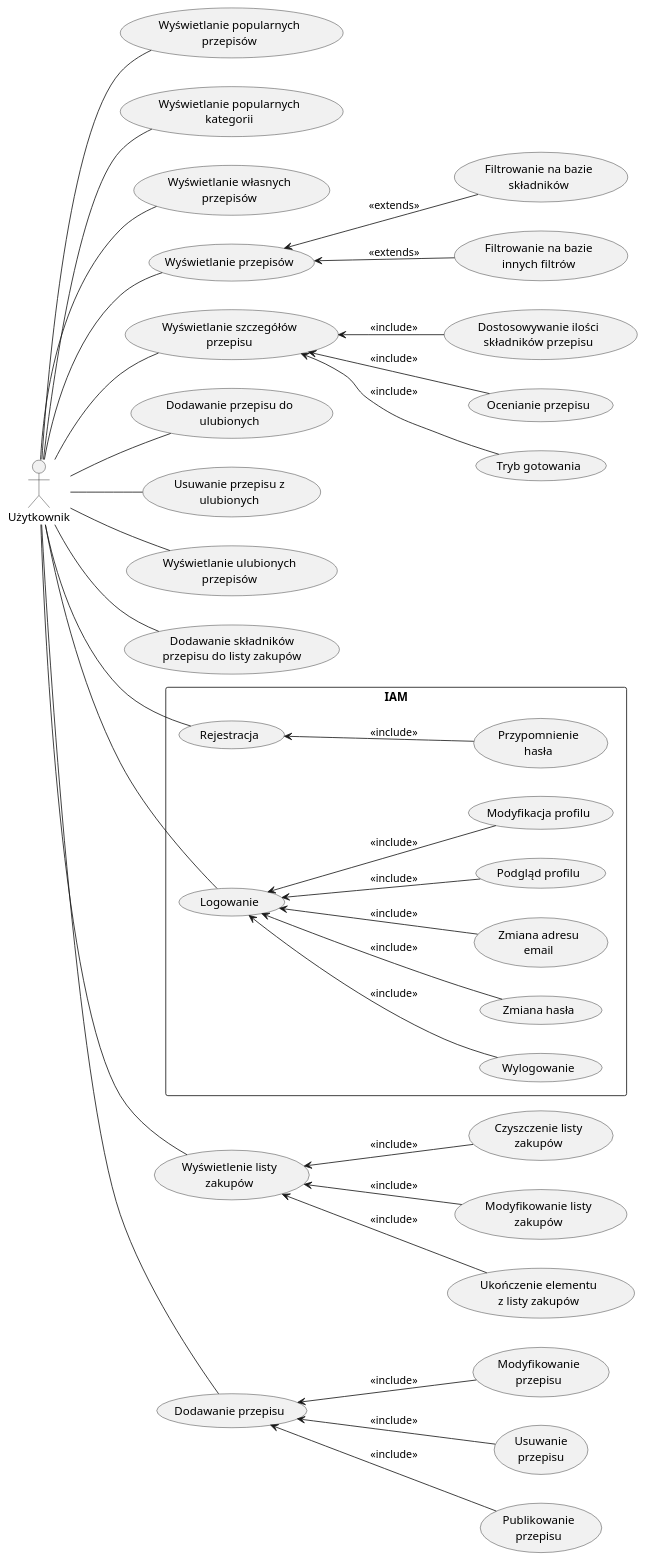
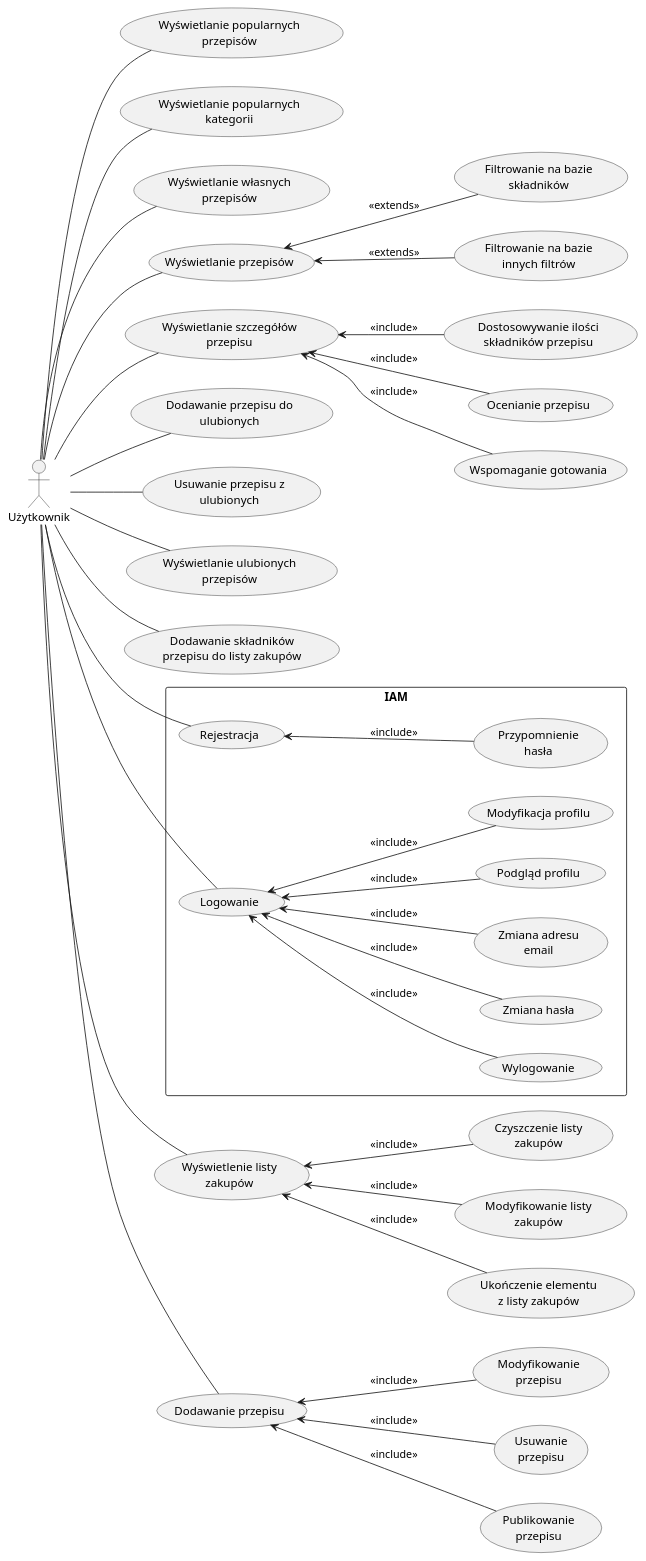
One commit to oskarski/inzynierka changed the diagram in docs/use-case.puml. Above: the diagram before and after it, drawn with PlantUML.

Commit message:
added proper cooking mode use case name

```diff
--- a/docs/use-case.puml
+++ b/docs/use-case.puml
@@ -1,82 +1,82 @@
 @startuml
 left to right direction
 
 actor "Użytkownik" as user
 
 rectangle IAM {
     usecase "Rejestracja" as iam_register
     usecase "Logowanie" as iam_login
     usecase "Przypomnienie\nhasła" as iam_forgot_password
     usecase "Wylogowanie" as iam_logout
     usecase "Zmiana hasła" as iam_password_change
     usecase "Zmiana adresu\nemail" as iam_email_change
     usecase "Podgląd profilu" as iam_me_details
     usecase "Modyfikacja profilu" as iam_me_edit
 }
 
 usecase "Wyświetlanie popularnych\nprzepisów" as home_popular_recipes
 usecase "Wyświetlanie popularnych\nkategorii" as home_popular_categories
 usecase "Wyświetlanie własnych\nprzepisów" as home_my_recipes
 
 usecase "Wyświetlanie przepisów" as recipes
 usecase "Filtrowanie na bazie\nskładników" as filter_recipes_by_ingredients
 usecase "Filtrowanie na bazie\ninnych filtrów" as filter_recipes_by_filters
 
 usecase "Wyświetlanie szczegółów\nprzepisu" as recipe_details
 usecase "Dostosowywanie ilości\nskładników przepisu" as recipe_details_adjust_quantity
 usecase "Ocenianie przepisu" as recipe_details_rate
-usecase "Tryb gotowania" as recipe_details_cooking_mode
+usecase "Wspomaganie gotowania" as recipe_details_cooking_mode
 
 usecase "Dodawanie przepisu do\nulubionych" as add_recipe_to_favourite
 usecase "Usuwanie przepisu z\nulubionych" as remove_recipe_from_favourite
 usecase "Wyświetlanie ulubionych\nprzepisów" as favourite_recipes
 
 usecase "Dodawanie składników\nprzepisu do listy zakupów" as add_recipe_ingredients_to_shopping_list
 usecase "Wyświetlenie listy\nzakupów" as shopping_list
 usecase "Czyszczenie listy\nzakupów" as shopping_list_clear
 usecase "Modyfikowanie listy\nzakupów" as shopping_list_edit
 usecase "Ukończenie elementu\nz listy zakupów" as shopping_list_complete
 
 usecase "Dodawanie przepisu" as add_recipe
 usecase "Modyfikowanie\nprzepisu" as edit_recipe
 usecase "Usuwanie\nprzepisu" as delete_recipe
 usecase "Publikowanie\nprzepisu" as publish_recipe
 
 user -- iam_register
 user -- iam_login
 iam_register <-- iam_forgot_password : <<include>>
 iam_login <-- iam_logout : <<include>>
 iam_login <-- iam_password_change : <<include>>
 iam_login <-- iam_email_change : <<include>>
 iam_login <-- iam_me_details : <<include>>
 iam_login <-- iam_me_edit : <<include>>
 
 user -- home_popular_recipes
 user -- home_popular_categories
 user -- home_my_recipes
 
 user -- recipes
 recipes <-- filter_recipes_by_ingredients : <<extends>>
 recipes <-- filter_recipes_by_filters  : <<extends>>
 
 
 user -- recipe_details
 recipe_details <-- recipe_details_adjust_quantity : <<include>>
 recipe_details <-- recipe_details_rate : <<include>>
 recipe_details <-- recipe_details_cooking_mode : <<include>>
 
 user -- add_recipe_to_favourite
 user -- remove_recipe_from_favourite
 user -- favourite_recipes
 
 user -- add_recipe_ingredients_to_shopping_list
 user -- shopping_list
 shopping_list <-- shopping_list_clear : <<include>>
 shopping_list <-- shopping_list_edit : <<include>>
 shopping_list <-- shopping_list_complete : <<include>>
 
 user -- add_recipe
 add_recipe <-- publish_recipe : <<include>>
 add_recipe <-- edit_recipe : <<include>>
 add_recipe <-- delete_recipe : <<include>>
 @enduml
```
